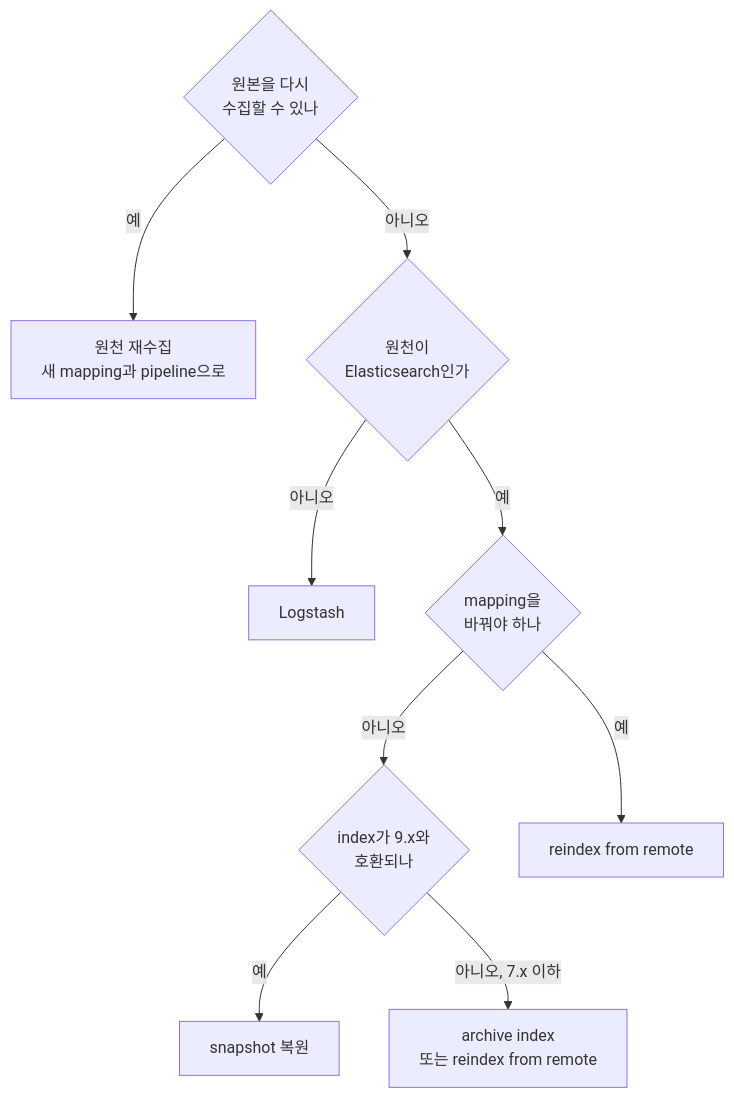
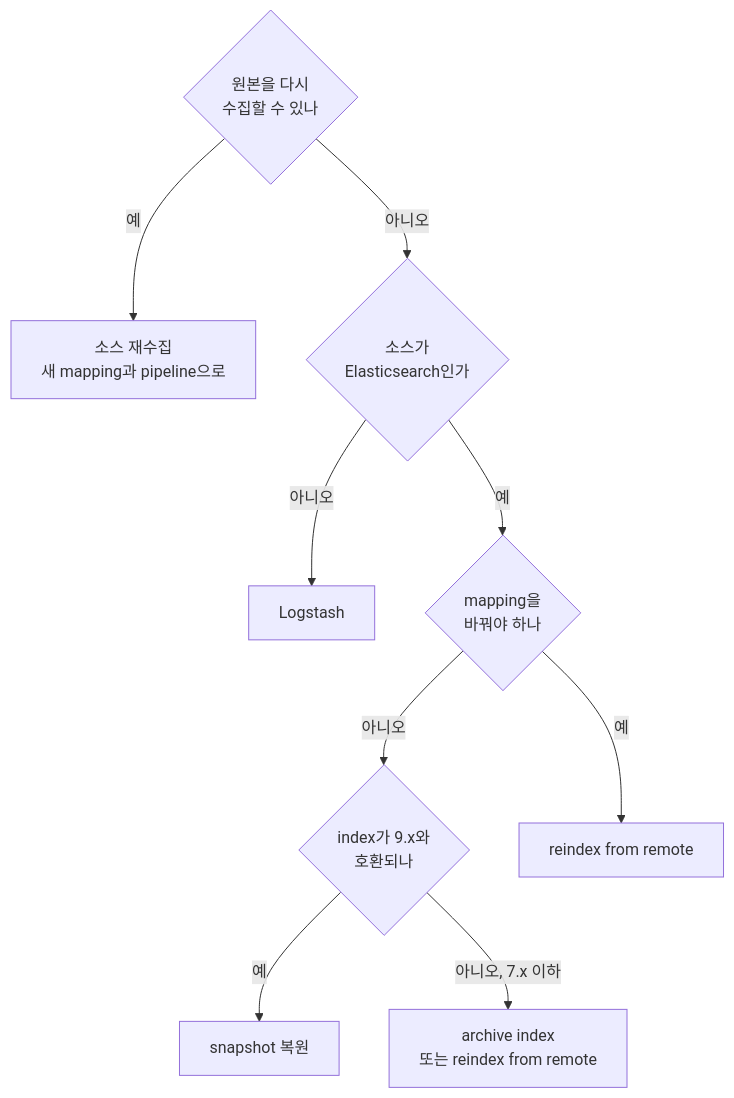
One commit to Munsik/engineering-notes changed the first of 2 diagrams in src/content/docs/change/10-data-migration.md. Above: the diagram before and after it, drawn with Mermaid. The commit also changed other lines of this file and 65 other files, not shown here.

````diff
--- a/src/content/docs/change/10-data-migration.md
+++ b/src/content/docs/change/10-data-migration.md
@@ -34,11 +34,11 @@
 ```mermaid
 flowchart TB
-  A{"원본을 다시<br/>수집할 수 있나"} -- 예 --> B["원천 재수집<br/>새 mapping과 pipeline으로"]
-  A -- 아니오 --> C{"원천이<br/>Elasticsearch인가"}
+  A{"원본을 다시<br/>수집할 수 있나"} -- 예 --> B["소스 재수집<br/>새 mapping과 pipeline으로"]
+  A -- 아니오 --> C{"소스가<br/>Elasticsearch인가"}
   C -- 아니오 --> D["Logstash"]
   C -- 예 --> E{"mapping을<br/>바꿔야 하나"}
   E -- 아니오 --> F{"index가 9.x와<br/>호환되나"}
   F -- 예 --> G["snapshot 복원"]
   F -- "아니오, 7.x 이하" --> H["archive index<br/>또는 reindex from remote"]
   E -- 예 --> I["reindex from remote"]
 ```
````
